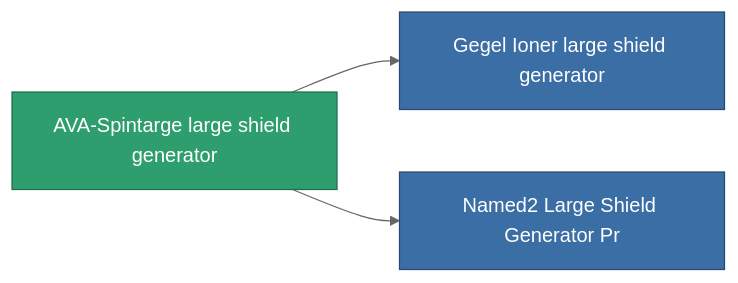
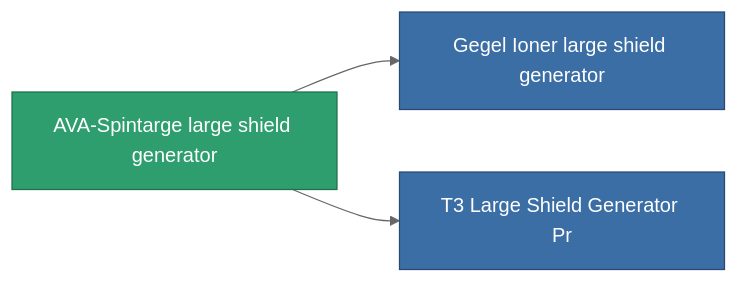
The diagram in content/content/items/named1_large_shield_generator.md (OpenPerpetuum/Wiki), drawn with Mermaid (neutral theme) before and after one commit. The commit also changed other lines of this file and 4904 other files, not shown here.

````diff
--- a/content/content/items/named1_large_shield_generator.md
+++ b/content/content/items/named1_large_shield_generator.md
@@ -71,13 +51,13 @@
 ```mermaid
 graph LR
     a["AVA-Spintarge large shield generator"]:::current
     b["Gegel Ioner large shield generator"]:::prod
     a --> b
     click b "/content/items/named2-large-shield-generator/" "Gegel Ioner large shield generator"
-    c["Named2 Large Shield Generator Pr"]:::prod
+    c["T3 Large Shield Generator Pr"]:::prod
     a --> c
-    click c "/content/items/named2-large-shield-generator-pr/" "Named2 Large Shield Generator Pr"
+    click c "/content/items/named2-large-shield-generator-pr/" "T3 Large Shield Generator Pr"
     classDef current fill:#2f9e6f,stroke:#1f6f4a,color:#ffffff
     classDef prod fill:#3b6ea5,stroke:#274a75,color:#ffffff
     classDef more fill:#39445a,stroke:#54658a,color:#d5dbe8
 ```
````
